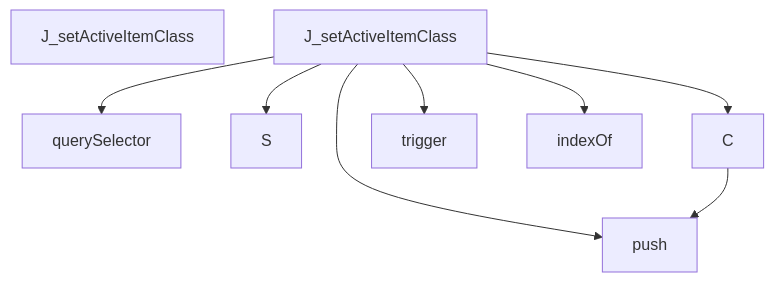
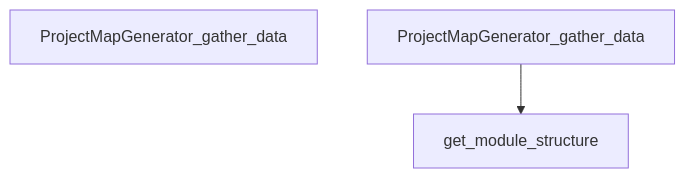
One commit to hazalkoom/DECODEx01 changed diagram 18 of 27 in docs/DATA_FLOW.md. Above: the diagram before and after it, drawn with Mermaid. The commit also changed other lines of this file and 12 other files, not shown here.

````diff
--- a/docs/DATA_FLOW.md
+++ b/docs/DATA_FLOW.md
@@ -745,33 +627,9 @@
 ```mermaid
 graph TD
-    Start[J_setActiveItemClass]
+    Start[ProjectMapGenerator_gather_data]
 
 
-    J_setActiveItemClass --> querySelector
-
-
-
-    J_setActiveItemClass --> S
-
-
-
-    J_setActiveItemClass --> C
-
-
-
-    J_setActiveItemClass --> trigger
-
-
-
-    J_setActiveItemClass --> indexOf
-
-
-
-    J_setActiveItemClass --> push
-
-
-
-    C --> push
+    ProjectMapGenerator_gather_data --> get_module_structure
 
 
 ```
````
